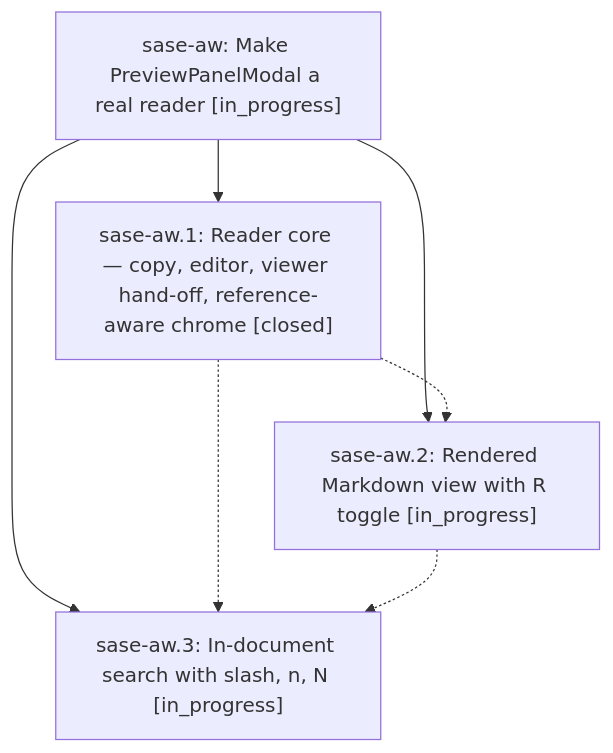
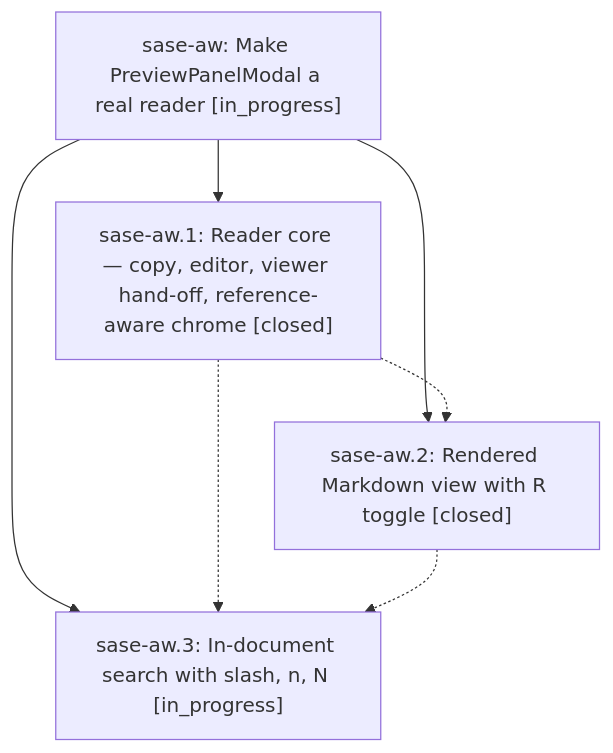
Before and after one commit to sase-org/sase--beads: the diagram in pages/sase-aw/README.md, drawn with Mermaid. The commit also changed other lines of this file and 3 other files, not shown here.

````diff
--- a/pages/sase-aw/README.md
+++ b/pages/sase-aw/README.md
@@ -24,13 +24,13 @@
 ```mermaid
 flowchart TD
     n0["sase-aw: Make PreviewPanelModal a real reader [in_progress]"]
     n1["sase-aw.1: Reader core — copy, editor, viewer hand-off, reference-aware chrome [closed]"]
-    n2["sase-aw.2: Rendered Markdown view with R toggle [in_progress]"]
+    n2["sase-aw.2: Rendered Markdown view with R toggle [closed]"]
     n3["sase-aw.3: In-document search with slash, n, N [in_progress]"]
     n0 --> n1
     n0 --> n2
     n0 --> n3
     n1 -.-> n2
     n1 -.-> n3
     n2 -.-> n3
 ```
````
